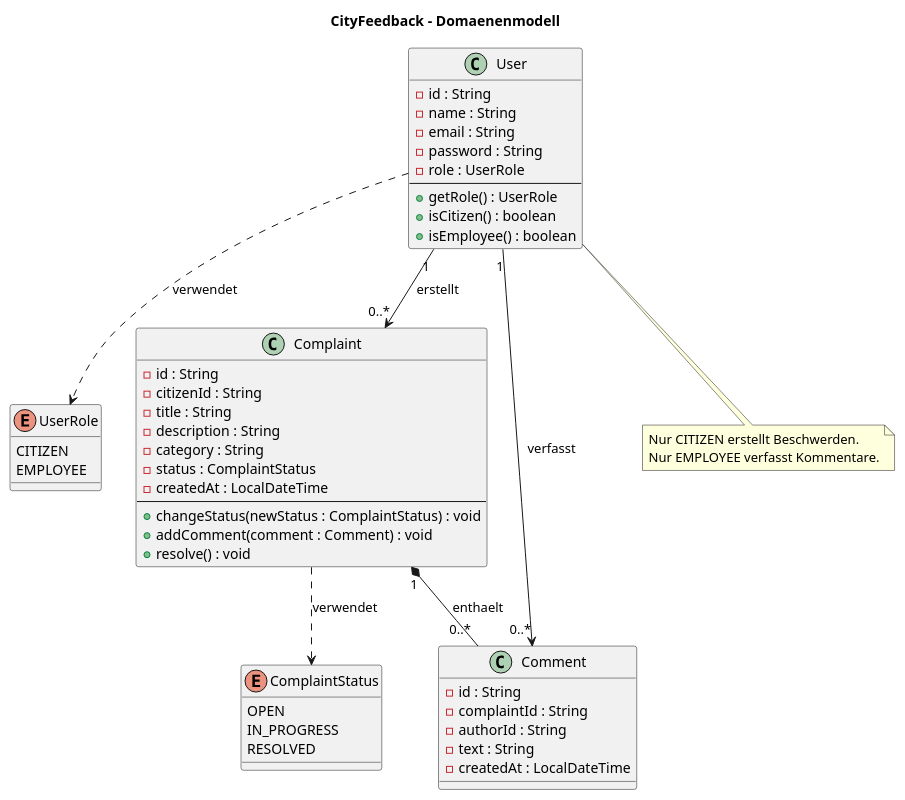
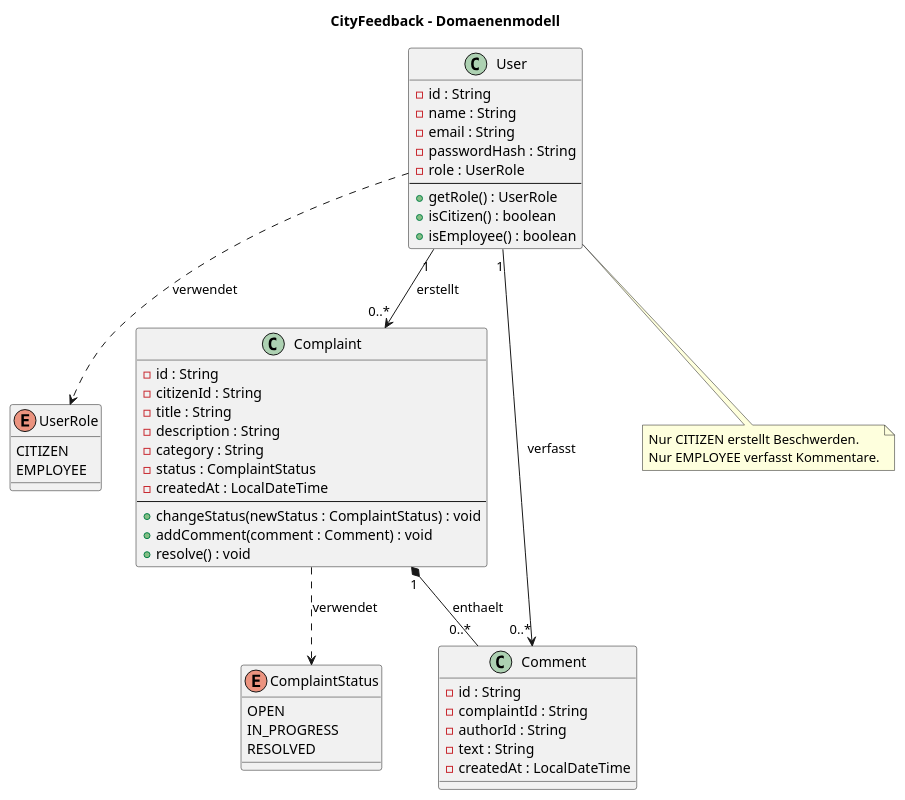
The diagram in docs/exercise-03/02-domain-model/domain-model.puml (janniswa/moderneSoftwareentwicklung), drawn with PlantUML before and after one commit.

Commit message:
Update domain-model.puml
password zu passwordHash
Nur um klarzustellen, dass wir keine Passwörter speichern.

```diff
--- a/docs/exercise-03/02-domain-model/domain-model.puml
+++ b/docs/exercise-03/02-domain-model/domain-model.puml
@@ -2,62 +2,62 @@
 @startuml
 
 title CityFeedback - Domaenenmodell
 
 enum UserRole {
   CITIZEN
   EMPLOYEE
 }
 
 enum ComplaintStatus {
   OPEN
   IN_PROGRESS
   RESOLVED
 }
 
 class User {
   - id : String
   - name : String
   - email : String
-  - password : String
+  - passwordHash : String
   - role : UserRole
   --
   + getRole() : UserRole
   + isCitizen() : boolean
   + isEmployee() : boolean
 }
 
 class Complaint {
   - id : String
   - citizenId : String
   - title : String
   - description : String
   - category : String
   - status : ComplaintStatus
   - createdAt : LocalDateTime
   --
   + changeStatus(newStatus : ComplaintStatus) : void
   + addComment(comment : Comment) : void
   + resolve() : void
 }
 
 class Comment {
   - id : String
   - complaintId : String
   - authorId : String
   - text : String
   - createdAt : LocalDateTime
 }
 
 User "1" --> "0..*" Complaint : erstellt
 User "1" --> "0..*" Comment : verfasst
 Complaint "1" *-- "0..*" Comment : enthaelt
 
 User ..> UserRole : verwendet
 Complaint ..> ComplaintStatus : verwendet
 
 note bottom of User
   Nur CITIZEN erstellt Beschwerden.
   Nur EMPLOYEE verfasst Kommentare.
 end note
 
 @enduml
```
